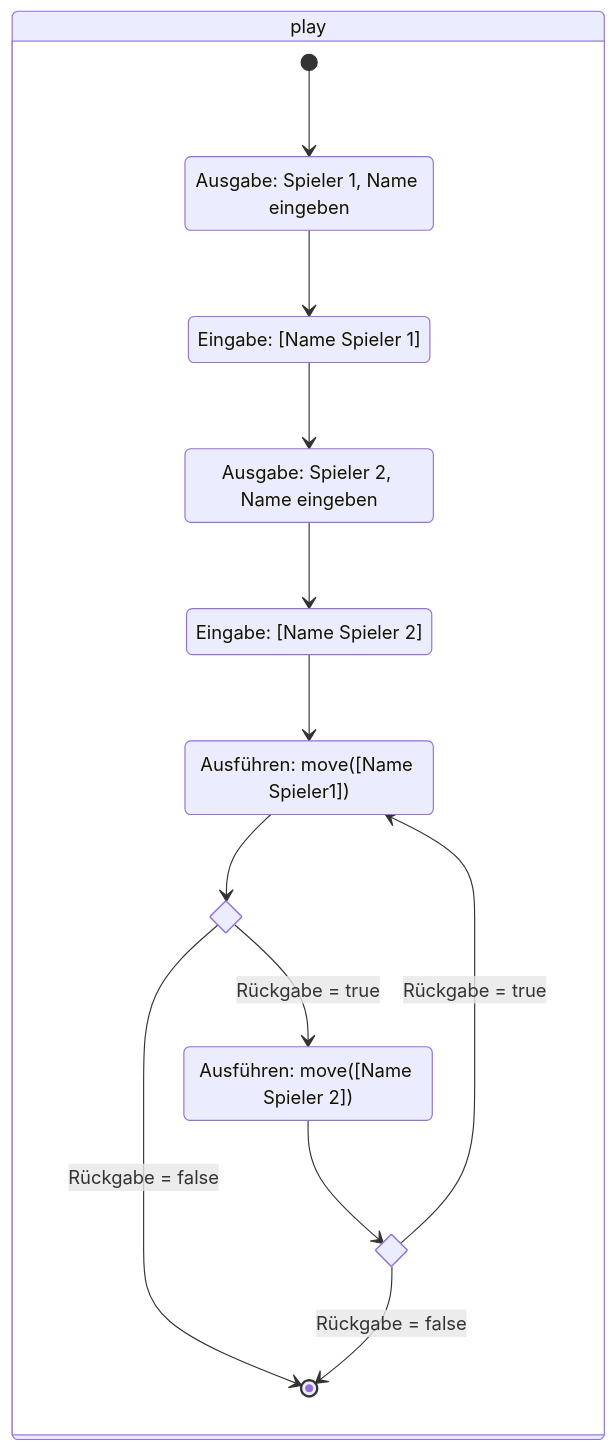
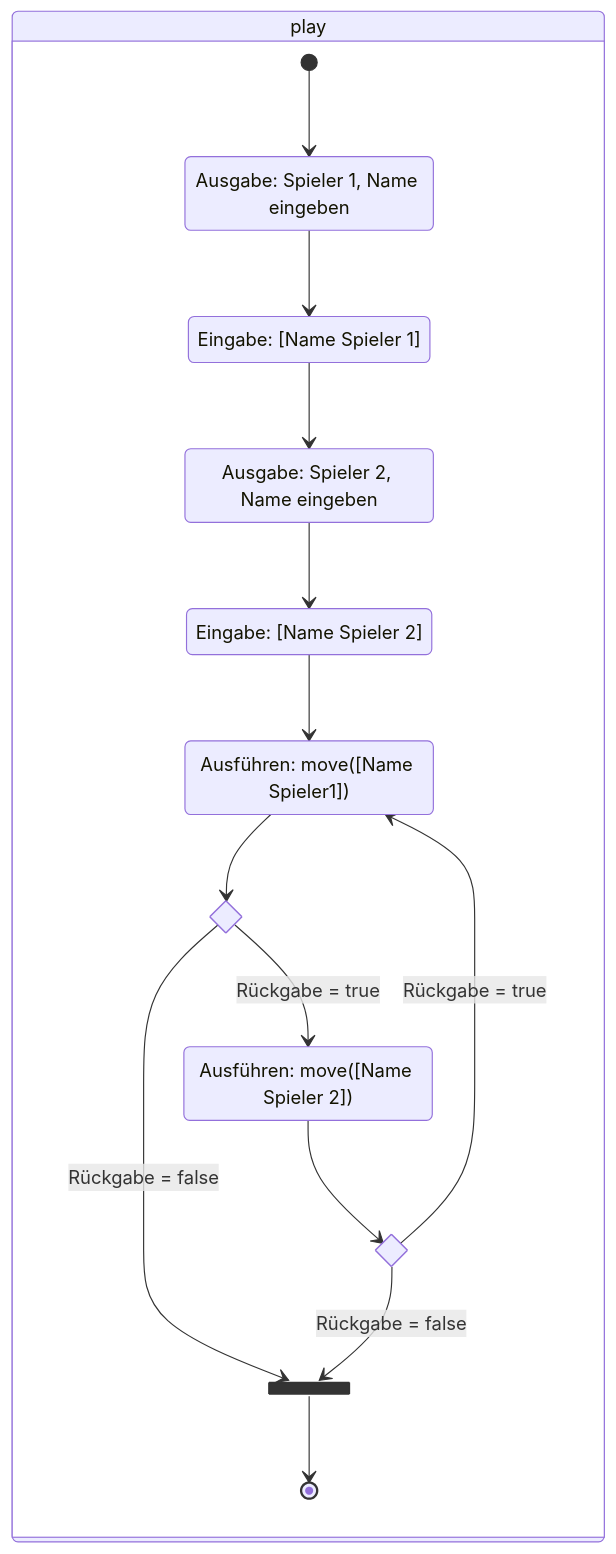
The third of 4 diagrams in docs/exercises/activity-diagrams/activity-diagrams01.mdx (jappuccini/java-docs), drawn with Mermaid before and after one commit. The commit also changed other lines of this file, not shown here.

Commit message:
Update Activity Diagrams Exercise 1

````diff
--- a/docs/exercises/activity-diagrams/activity-diagrams01.mdx
+++ b/docs/exercises/activity-diagrams/activity-diagrams01.mdx
@@ -42,25 +42,27 @@
 ```mermaid
 stateDiagram-v2
     state "Ausgabe: Spieler 1, Name eingeben" as state1
     state "Eingabe: [Name Spieler 1]" as state2
     state "Ausgabe: Spieler 2, Name eingeben" as state3
     state "Eingabe: [Name Spieler 2]" as state4
     state "Ausführen: move([Name Spieler1])" as state5
     state "Ausführen: move([Name Spieler 2])" as state6
     state if <<choice>>
     state if2 <<choice>>
+    state fork <<fork>>
 
     state play {
         [*] --> state1
         state1 --> state2
         state2 --> state3
         state3 --> state4
         state4 --> state5
         state5 --> if
-        if --> [*] : Rückgabe = false
+        if --> fork : Rückgabe = false
         if --> state6 : Rückgabe = true
         state6 --> if2
         if2 --> state5 : Rückgabe = true
-        if2 --> [*] : Rückgabe = false
+        if2 --> fork : Rückgabe = false
+        fork --> [*]
     }
 ```
````
